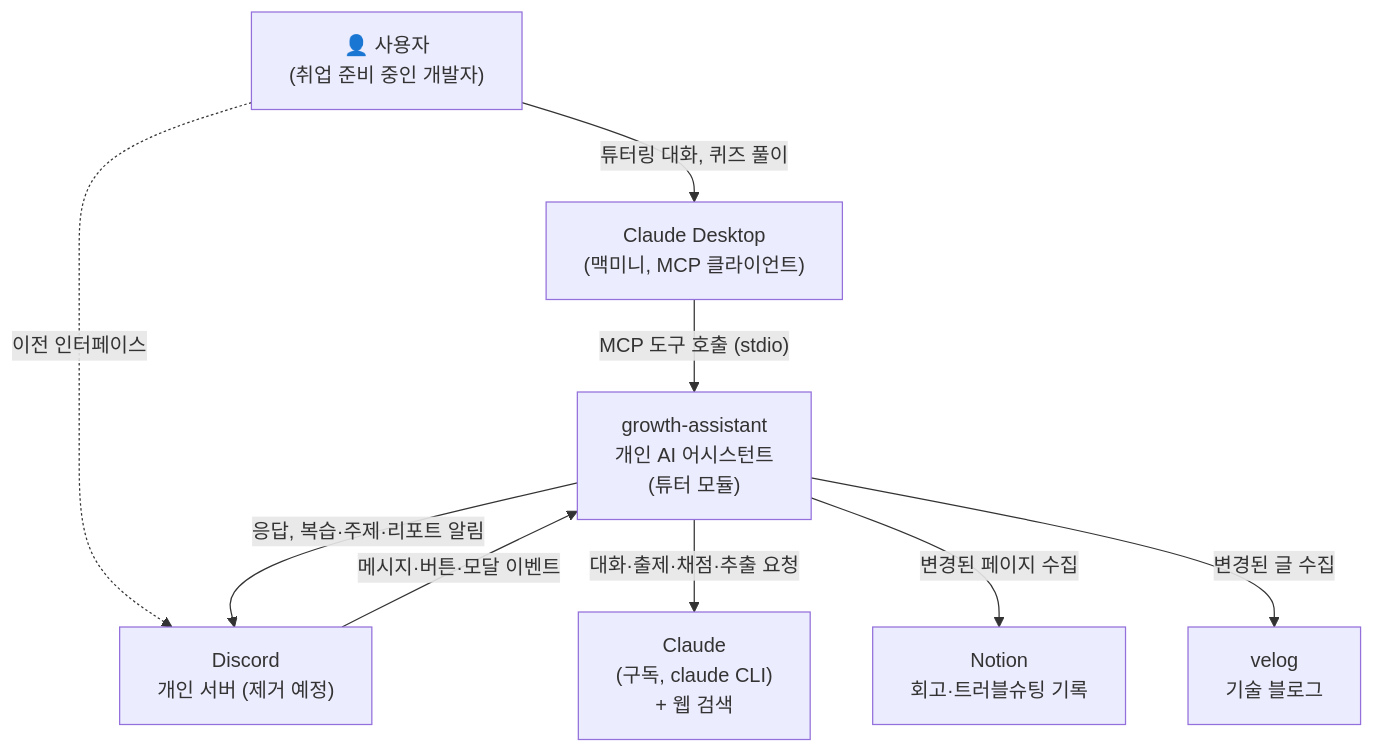
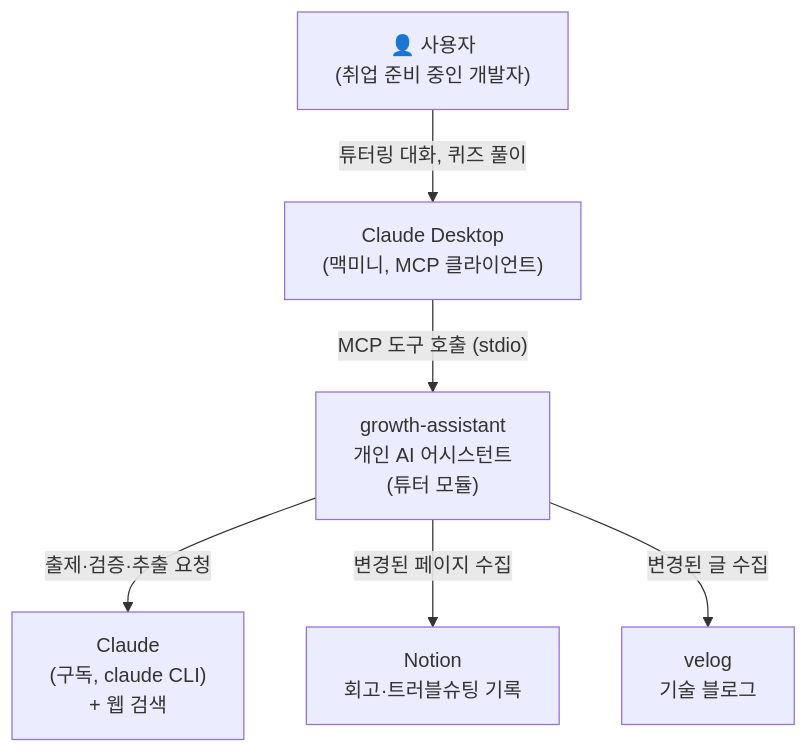
One commit to Wonchang0314/growth-assistant changed the diagram in docs/architecture/c4-1-context.md. Above: the diagram before and after it, drawn with Mermaid. The commit also changed other lines of this file and 83 other files, not shown here.

````diff
--- a/docs/architecture/c4-1-context.md
+++ b/docs/architecture/c4-1-context.md
@@ -5,19 +5,15 @@
 ```mermaid
 flowchart TB
     user["👤 사용자<br/>(취업 준비 중인 개발자)"]
     ga["growth-assistant<br/>개인 AI 어시스턴트<br/>(튜터 모듈)"]
     desktop["Claude Desktop<br/>(맥미니, MCP 클라이언트)"]
-    discord["Discord<br/>개인 서버 (제거 예정)"]
     claude["Claude<br/>(구독, claude CLI)<br/>+ 웹 검색"]
     notion["Notion<br/>회고·트러블슈팅 기록"]
     velog["velog<br/>기술 블로그"]
 
     user -- "튜터링 대화, 퀴즈 풀이" --> desktop
     desktop -- "MCP 도구 호출 (stdio)" --> ga
-    user -. "이전 인터페이스" .-> discord
-    discord -- "메시지·버튼·모달 이벤트" --> ga
-    ga -- "응답, 복습·주제·리포트 알림" --> discord
-    ga -- "대화·출제·채점·추출 요청" --> claude
+    ga -- "출제·검증·추출 요청" --> claude
     ga -- "변경된 페이지 수집" --> notion
     ga -- "변경된 글 수집" --> velog
 ```
````
